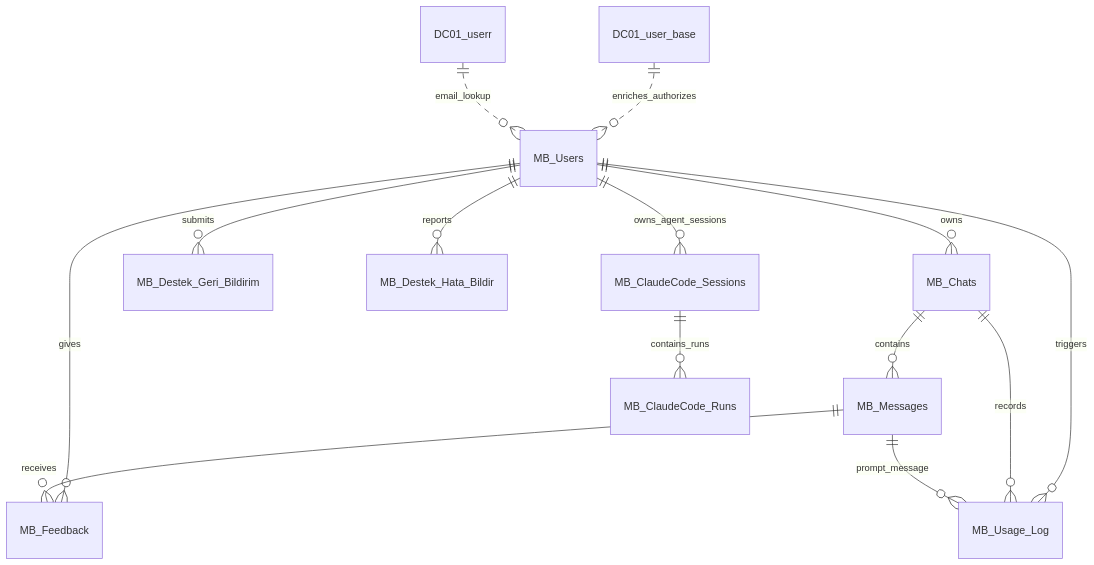
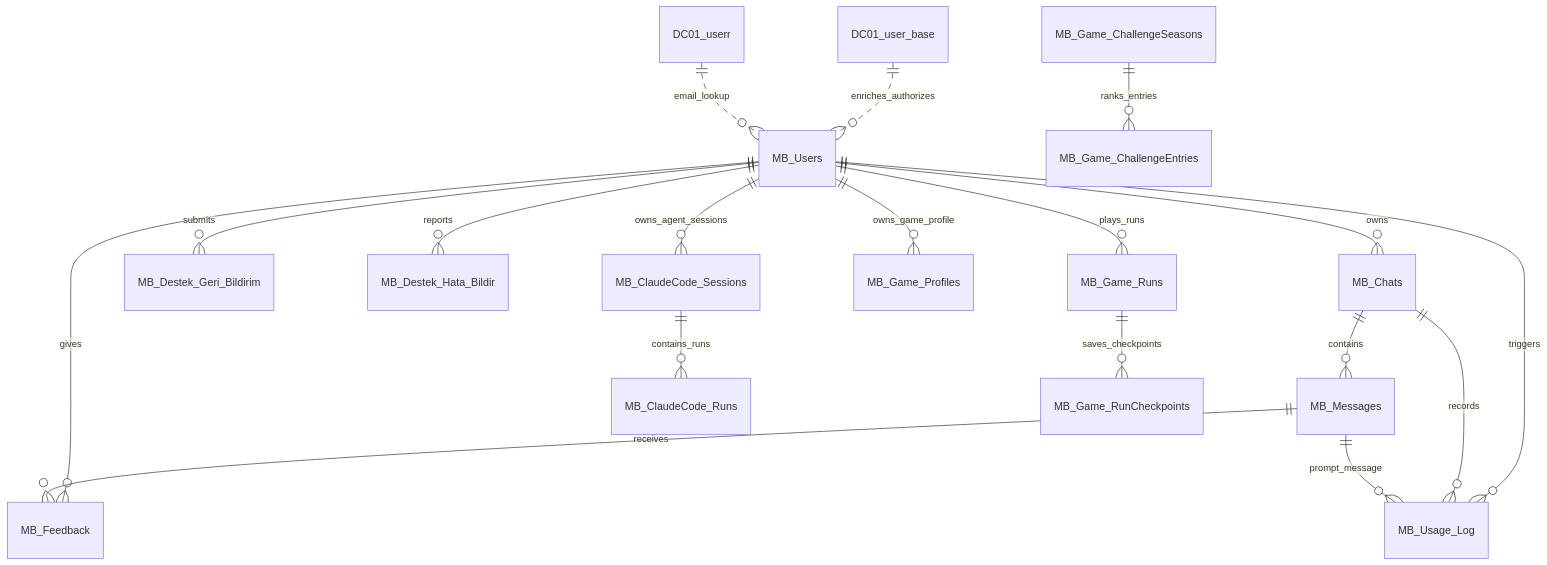
Before and after one commit to mokaradag/MERGEN-Bilge: the diagram in docs/database-schema.md, drawn with Mermaid. The commit also changed other lines of this file and 8 other files, not shown here.

````diff
--- a/docs/database-schema.md
+++ b/docs/database-schema.md
@@ -24,16 +25,20 @@
 ```mermaid
 erDiagram
     MB_Users ||--o{ MB_Chats : owns
     MB_Chats ||--o{ MB_Messages : contains
     MB_Users ||--o{ MB_Feedback : gives
     MB_Messages ||--o{ MB_Feedback : receives
     MB_Users ||--o{ MB_Usage_Log : triggers
     MB_Chats ||--o{ MB_Usage_Log : records
     MB_Messages ||--o{ MB_Usage_Log : prompt_message
     MB_Users ||--o{ MB_Destek_Geri_Bildirim : submits
     MB_Users ||--o{ MB_Destek_Hata_Bildir : reports
     MB_Users ||--o{ MB_ClaudeCode_Sessions : owns_agent_sessions
     MB_ClaudeCode_Sessions ||--o{ MB_ClaudeCode_Runs : contains_runs
+    MB_Users ||--o{ MB_Game_Profiles : owns_game_profile
+    MB_Users ||--o{ MB_Game_Runs : plays_runs
+    MB_Game_Runs ||--o{ MB_Game_RunCheckpoints : saves_checkpoints
+    MB_Game_ChallengeSeasons ||--o{ MB_Game_ChallengeEntries : ranks_entries
     DC01_user_base ||..o{ MB_Users : enriches_authorizes
     DC01_userr ||..o{ MB_Users : email_lookup
 ```
````
